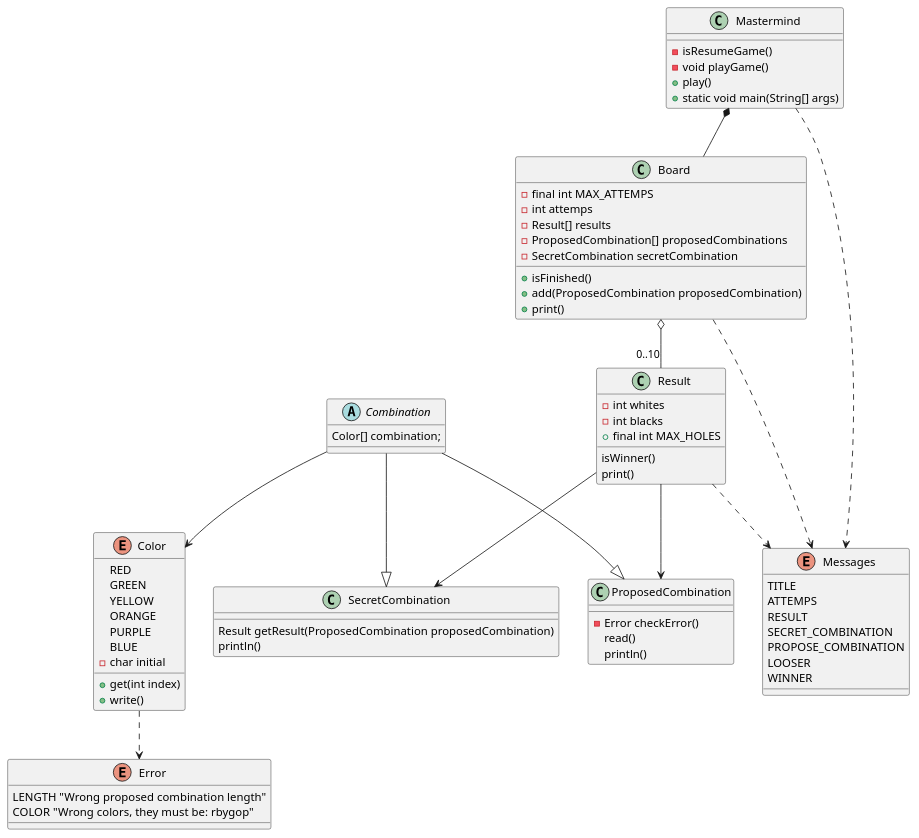
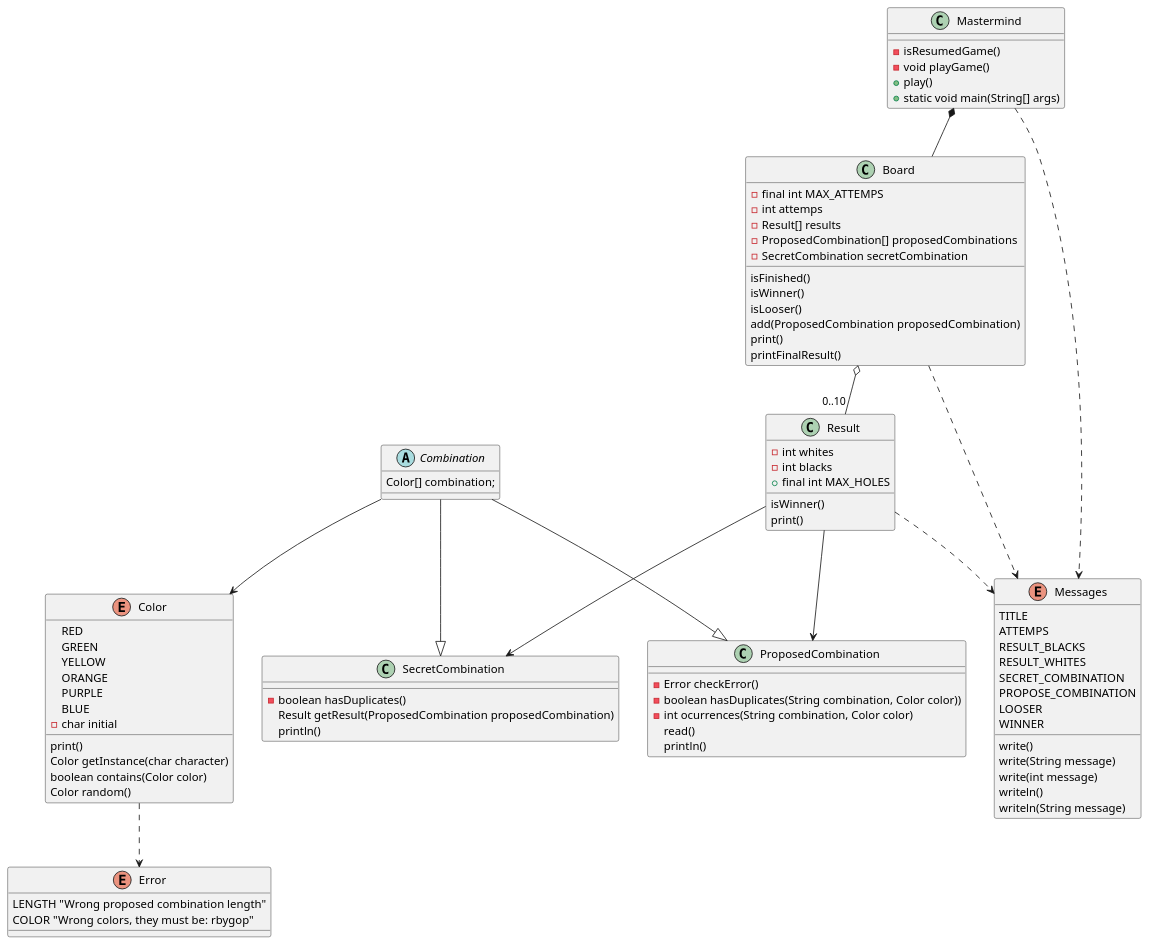
One commit to ivanzm/java-mastermind changed the diagram in docs/clases.puml. Above: the diagram before and after it, drawn with PlantUML.

Commit message:
Update classModel

```diff
--- a/docs/clases.puml
+++ b/docs/clases.puml
@@ -1,82 +1,95 @@
 @startuml
 
 class Mastermind {
-- isResumeGame()
+- isResumedGame()
 - void playGame()
 + play()
 + static void main(String[] args)
 }
 
 class Board {
 - final int MAX_ATTEMPS
 - int attemps
 - Result[] results
 - ProposedCombination[] proposedCombinations
 - SecretCombination secretCombination
-+ isFinished()
-+ add(ProposedCombination proposedCombination)
-+ print()
+isFinished()
+isWinner()
+isLooser()
+add(ProposedCombination proposedCombination)
+print()
+printFinalResult()
 }
 
 abstract class Combination {
 Color[] combination;
 }
 
 class SecretCombination {
+- boolean hasDuplicates()
 Result getResult(ProposedCombination proposedCombination)
 println()
 }
 
 class ProposedCombination {
 - Error checkError()
+- boolean hasDuplicates(String combination, Color color))
+- int ocurrences(String combination, Color color)
 read()
 println()
 }
 
 class Result {
 - int whites
 - int blacks
 + final int MAX_HOLES
 isWinner()
 print()
 }
 
 enum Messages{
 TITLE
 ATTEMPS
-RESULT
+RESULT_BLACKS
+RESULT_WHITES
 SECRET_COMBINATION
 PROPOSE_COMBINATION
 LOOSER
 WINNER
+write()
+write(String message)
+write(int message)
+writeln()
+writeln(String message)
 }
 enum Color {
 RED
 GREEN
 YELLOW
 ORANGE
 PURPLE
 BLUE
 - char initial
-+ get(int index)
-+ write()
-
+print()
+Color getInstance(char character)
+boolean contains(Color color)
+Color random()
 }
 enum Error {
 LENGTH "Wrong proposed combination length"
 COLOR "Wrong colors, they must be: rbygop"
 }
 
 Mastermind *-- Board
 Board o-- "0..10" Result
 Combination --|> SecretCombination
 Combination --|> ProposedCombination
 Result --> SecretCombination
 Result --> ProposedCombination
 Combination --> Color
 Mastermind ..> Messages
 Board ..> Messages
 Result ..> Messages
 Color ..> Error
 
 @enduml
```
